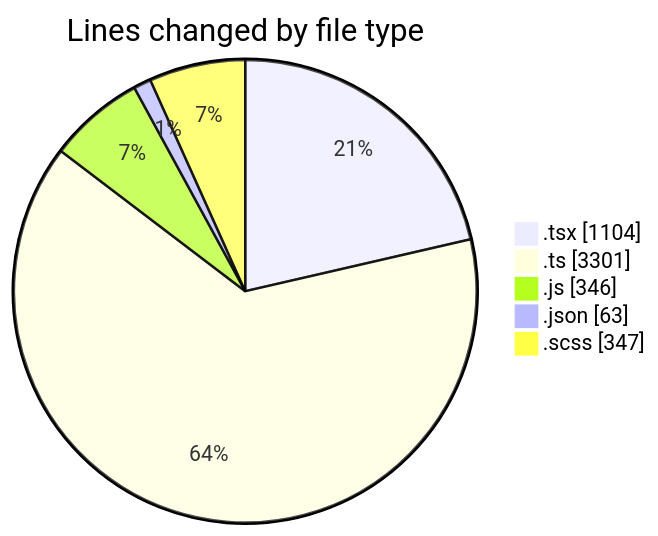
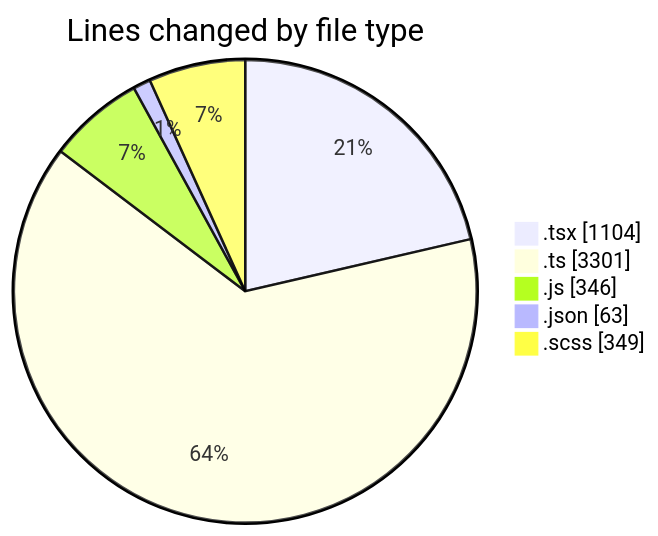
Before and after one commit to momahboobian/code-tracking: the first of 2 diagrams in 2025-12-01/cda/README.md, drawn with Mermaid. The commit also changed other lines of this file and 1 other file, not shown here.

````diff
--- a/2025-12-01/cda/README.md
+++ b/2025-12-01/cda/README.md
@@ -32,9 +32,9 @@
 ```mermaid
 pie showData
 title Lines changed by file type
 ".tsx" : 1104
 ".ts" : 3301
 ".js" : 346
 ".json" : 63
-".scss" : 347
+".scss" : 349
 ```
````
